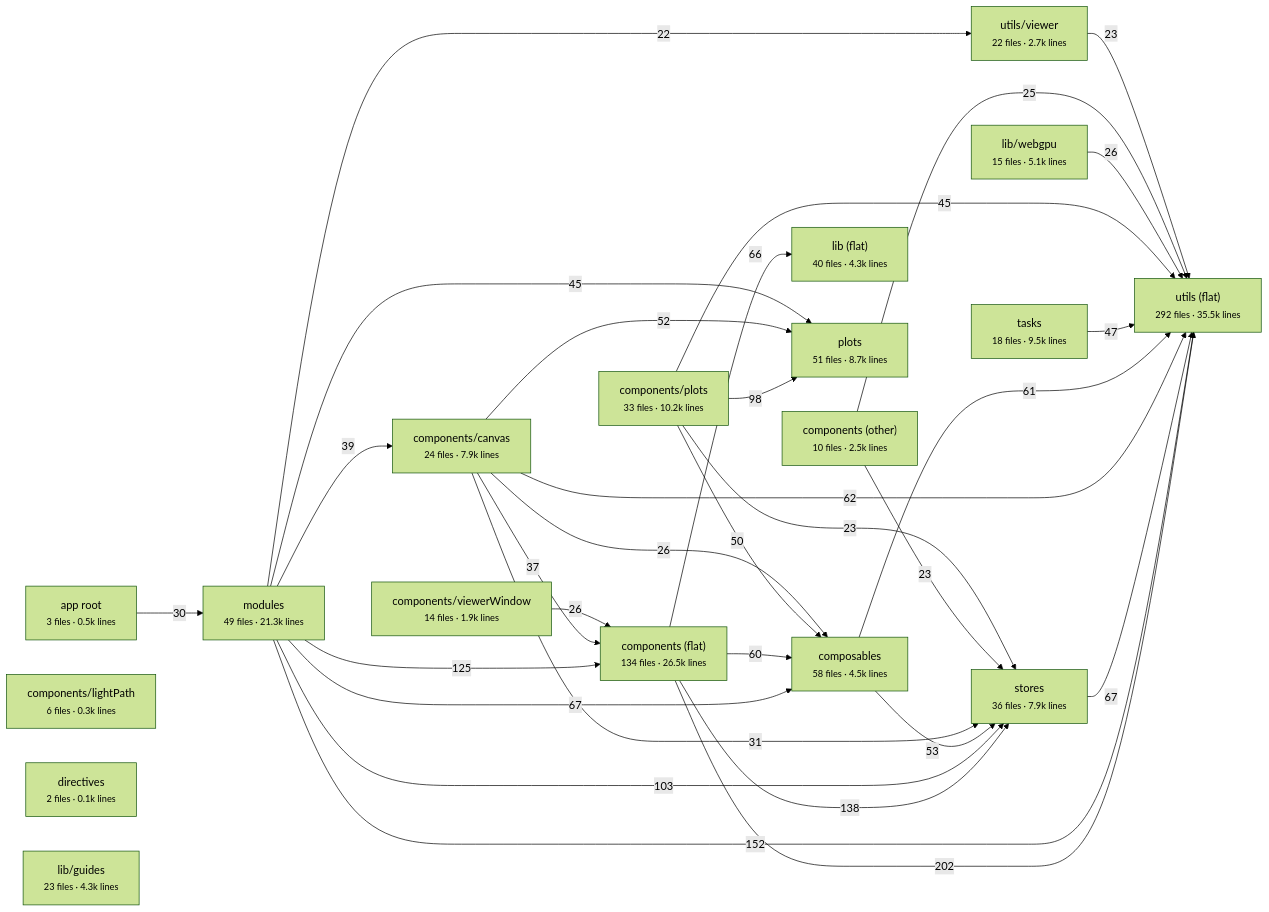
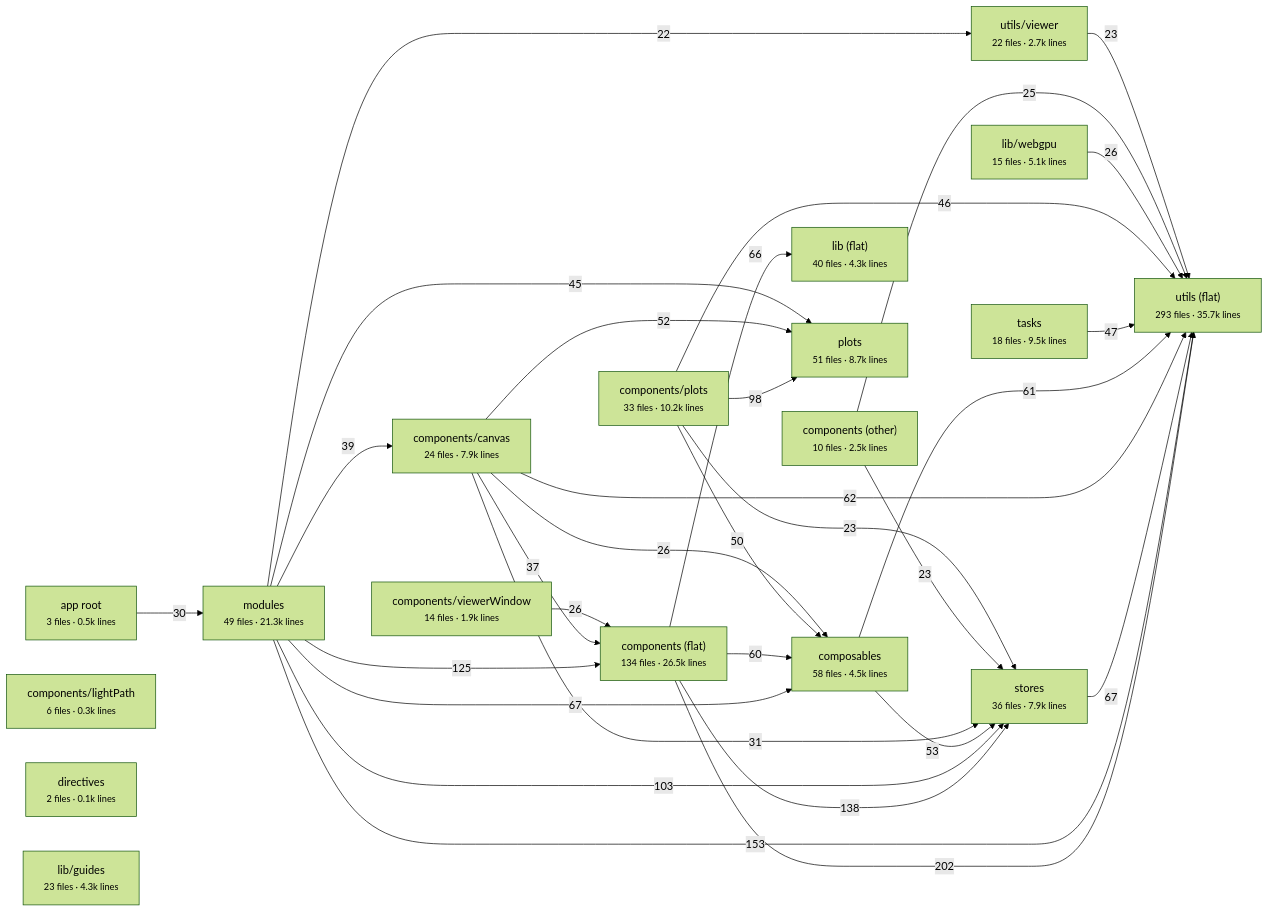
One commit to schienstockd/cecelia changed the diagram in docs/architecture/vue/layers.md. Above: the diagram before and after it, drawn with Mermaid (forest theme). The commit also changed other lines of this file and 11 other files, not shown here.

````diff
--- a/docs/architecture/vue/layers.md
+++ b/docs/architecture/vue/layers.md
@@ -10,51 +10,51 @@
 ```mermaid
 flowchart LR
   app_root["app root<br/><small>3 files · 0.5k lines</small>"]
   components__flat_["components (flat)<br/><small>134 files · 26.5k lines</small>"]
   components__other_["components (other)<br/><small>10 files · 2.5k lines</small>"]
   components_canvas["components/canvas<br/><small>24 files · 7.9k lines</small>"]
   components_lightPath["components/lightPath<br/><small>6 files · 0.3k lines</small>"]
   components_plots["components/plots<br/><small>33 files · 10.2k lines</small>"]
   components_viewerWindow["components/viewerWindow<br/><small>14 files · 1.9k lines</small>"]
   composables["composables<br/><small>58 files · 4.5k lines</small>"]
   directives["directives<br/><small>2 files · 0.1k lines</small>"]
   lib__flat_["lib (flat)<br/><small>40 files · 4.3k lines</small>"]
   lib_guides["lib/guides<br/><small>23 files · 4.3k lines</small>"]
   lib_webgpu["lib/webgpu<br/><small>15 files · 5.1k lines</small>"]
   modules["modules<br/><small>49 files · 21.3k lines</small>"]
   plots["plots<br/><small>51 files · 8.7k lines</small>"]
   stores["stores<br/><small>36 files · 7.9k lines</small>"]
   tasks["tasks<br/><small>18 files · 9.5k lines</small>"]
-  utils__flat_["utils (flat)<br/><small>292 files · 35.5k lines</small>"]
+  utils__flat_["utils (flat)<br/><small>293 files · 35.7k lines</small>"]
   utils_viewer["utils/viewer<br/><small>22 files · 2.7k lines</small>"]
   components__flat_ -->|202| utils__flat_
-  modules -->|152| utils__flat_
+  modules -->|153| utils__flat_
   components__flat_ -->|138| stores
   modules -->|125| components__flat_
   modules -->|103| stores
   components_plots -->|98| plots
   modules -->|67| composables
   stores -->|67| utils__flat_
   components__flat_ -->|66| lib__flat_
   components_canvas -->|62| utils__flat_
   composables -->|61| utils__flat_
   components__flat_ -->|60| composables
   composables -->|53| stores
   components_canvas -->|52| plots
   components_plots -->|50| composables
   tasks -->|47| utils__flat_
-  components_plots -->|45| utils__flat_
+  components_plots -->|46| utils__flat_
   modules -->|45| plots
   modules -->|39| components_canvas
   components_canvas -->|37| components__flat_
   components_canvas -->|31| stores
   app_root -->|30| modules
   components_canvas -->|26| composables
   components_viewerWindow -->|26| components__flat_
   lib_webgpu -->|26| utils__flat_
   components__other_ -->|25| utils__flat_
   components__other_ -->|23| stores
   components_plots -->|23| stores
   utils_viewer -->|23| utils__flat_
   modules -->|22| utils_viewer
 ```
````
